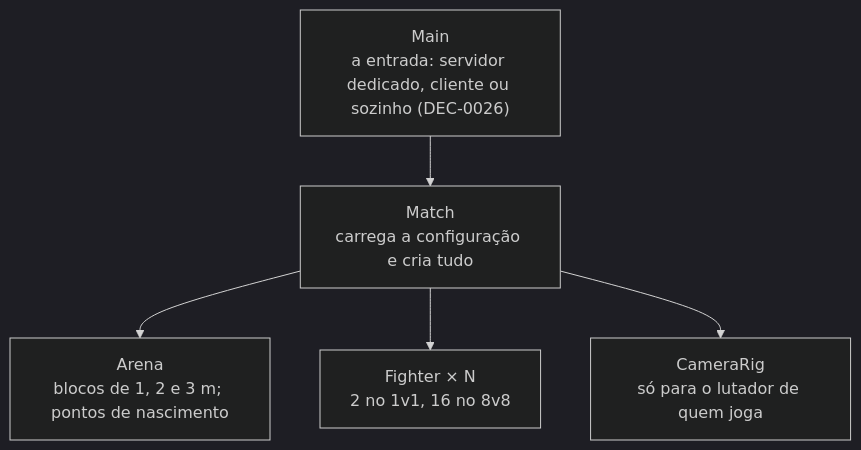
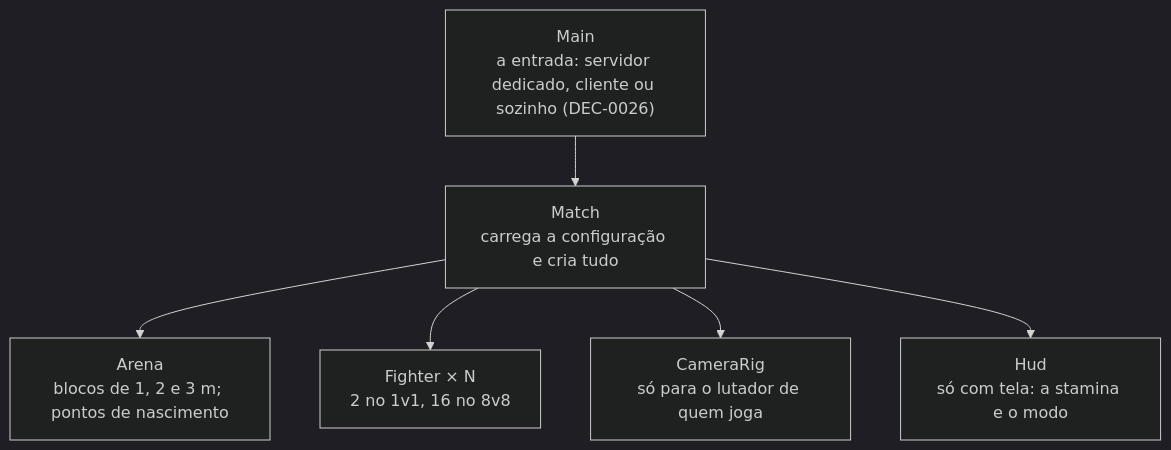
Before and after one commit to Kibryant/jogo-acrobatico: the fifth of 5 diagrams in docs/arquitetura/visao-geral.md, drawn with Mermaid (dark theme). The commit also changed other lines of this file and 21 other files, not shown here.

First line of the commit message:
TASK-10.2: o HUD da stamina, o Theme único, as chaves do HUD e as plataformas do vão de 6 m

````diff
--- a/docs/arquitetura/visao-geral.md
+++ b/docs/arquitetura/visao-geral.md
@@ -174,7 +174,8 @@
 ```mermaid
 flowchart TB
   main["Main<br/>a entrada: servidor dedicado, cliente ou sozinho (DEC-0026)"] --> match["Match<br/>carrega a configuração e cria tudo"]
   match --> arena["Arena<br/>blocos de 1, 2 e 3 m; pontos de nascimento"]
   match --> fighters["Fighter × N<br/>2 no 1v1, 16 no 8v8"]
   match --> cam["CameraRig<br/>só para o lutador de quem joga"]
+  match --> hud["Hud<br/>só com tela: a stamina e o modo"]
 ```
````
